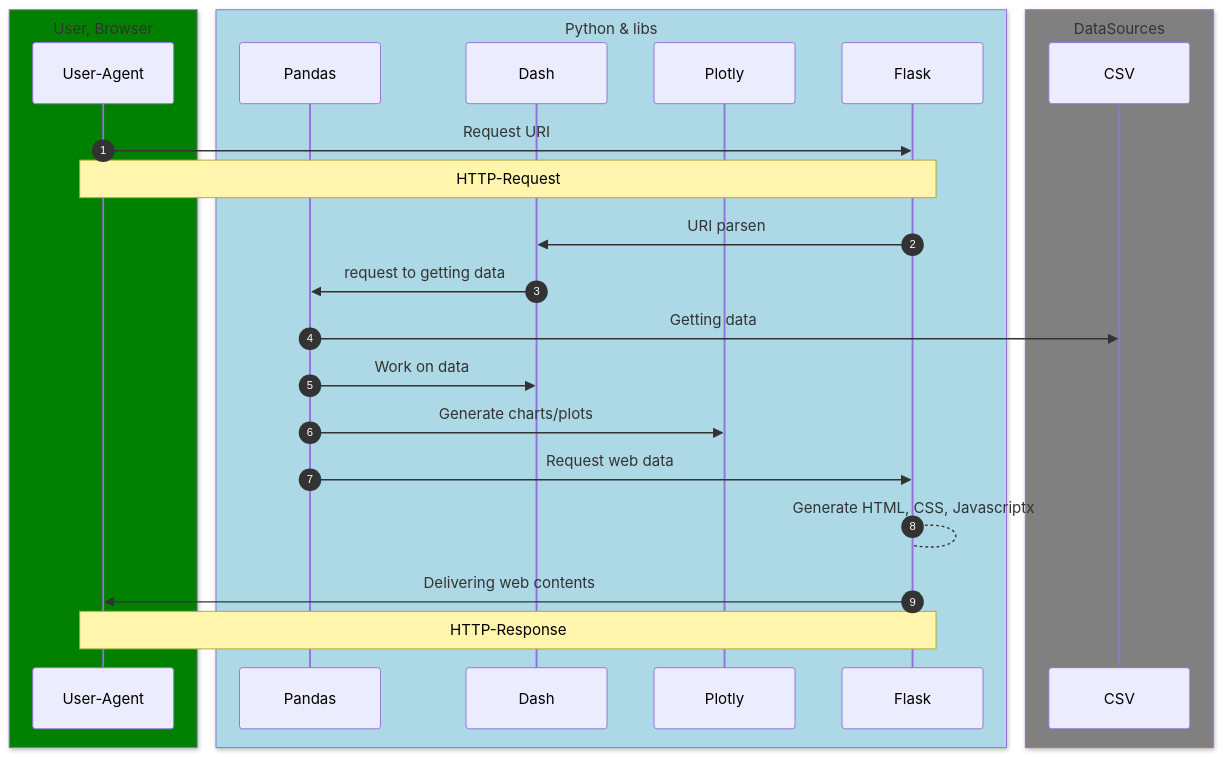
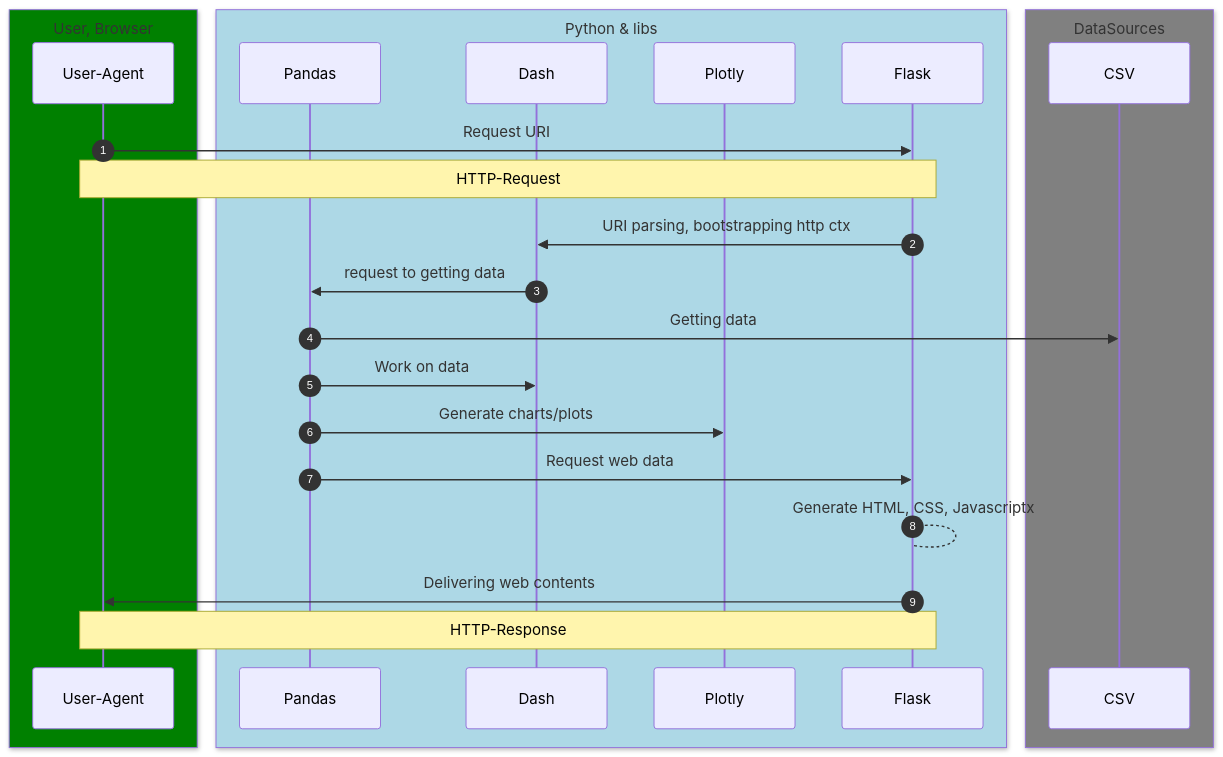
Before and after one commit to SchrodtSven/hca: the diagram in doq/dad2.md, drawn with Mermaid.

Commit message:
Re-define file structure; cleaning up; start translating to English

````diff
--- a/doq/dad2.md
+++ b/doq/dad2.md
@@ -3,37 +3,37 @@
 ```mermaid
 sequenceDiagram
 autonumber
     
     box Green User, Browser
     participant User-Agent
     end
 
     box lightblue Python & libs
     participant Pandas
     participant Dash
     participant Plotly
     participant Flask
     end
 
     box gray DataSources
     participant CSV
     end
     
     User-Agent->>Flask: Request URI
     Note over User-Agent, Flask: HTTP-Request
     
-    Flask->>Dash: URI parsen
+    Flask->>Dash: URI parsing, bootstrapping http ctx
     Dash->>Pandas: request to getting data
     Pandas ->> CSV: Getting data
     Pandas ->> Dash: Work on data
     Pandas ->> Plotly: Generate charts/plots
     Pandas ->> Flask: Request web data
     Flask --> Flask: Generate HTML, CSS, Javascriptx
     
     Flask->>User-Agent: Delivering web contents
     Note over User-Agent, Flask: HTTP-Response
     
 
    
    
 ```
````
